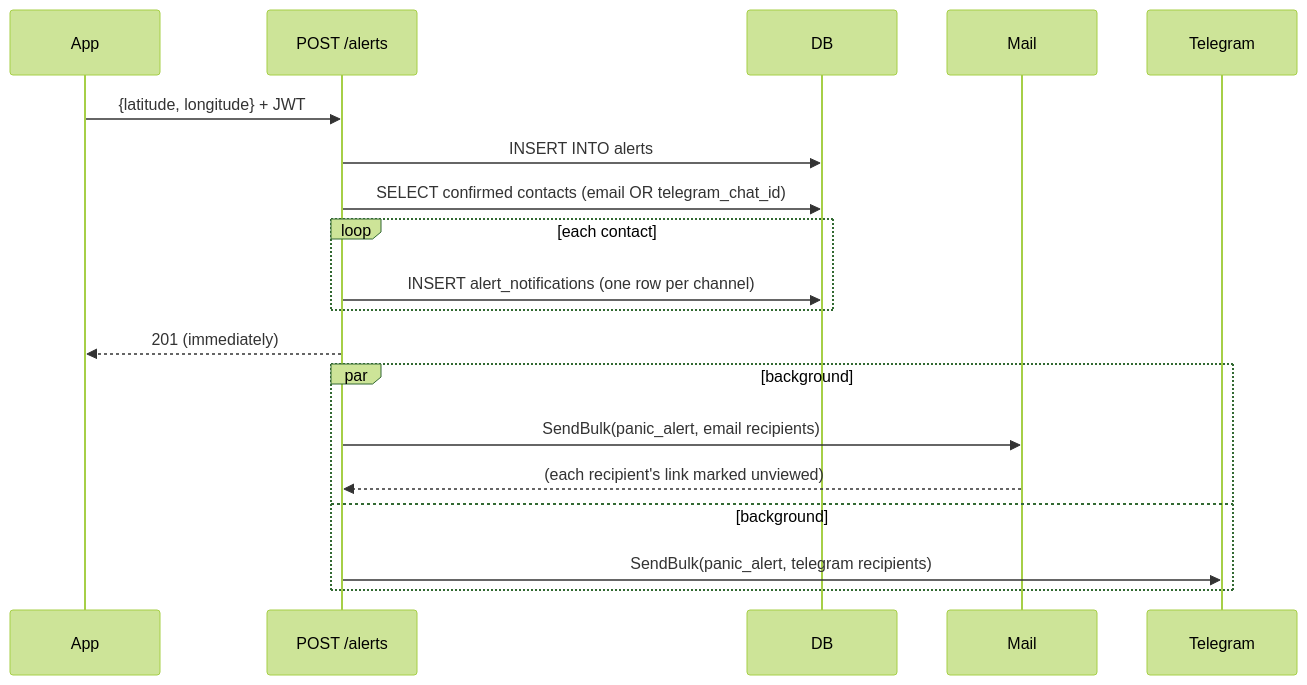
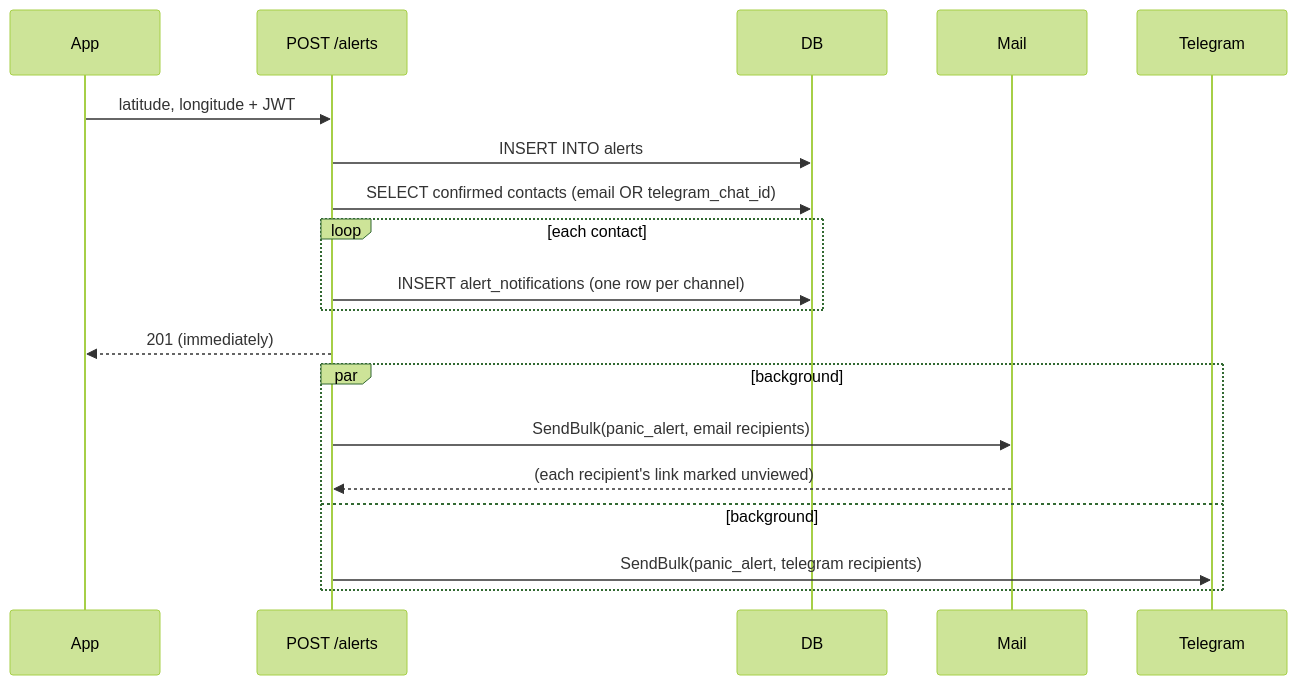
The first of 3 diagrams in docs/en/backend/notifications.md (skellent/iOS-compiler), drawn with Mermaid (forest theme) before and after one commit. The commit also changed other lines of this file and 9 other files, not shown here.

Commit message:
Mermaid Fix

````diff
--- a/docs/en/backend/notifications.md
+++ b/docs/en/backend/notifications.md
@@ -33,22 +33,22 @@
 ```mermaid
 sequenceDiagram
     participant App
     participant Alerts as POST /alerts
     participant DB
     participant Mail
     participant TG as Telegram
 
-    App->>Alerts: {latitude, longitude} + JWT
+    App->>Alerts: latitude, longitude + JWT
     Alerts->>DB: INSERT INTO alerts
     Alerts->>DB: SELECT confirmed contacts (email OR telegram_chat_id)
     loop each contact
         Alerts->>DB: INSERT alert_notifications (one row per channel)
     end
     Alerts-->>App: 201 (immediately)
     par background
         Alerts->>Mail: SendBulk(panic_alert, email recipients)
         Mail-->>Alerts: (each recipient's link marked unviewed)
     and background
         Alerts->>TG: SendBulk(panic_alert, telegram recipients)
     end
 ```
````
